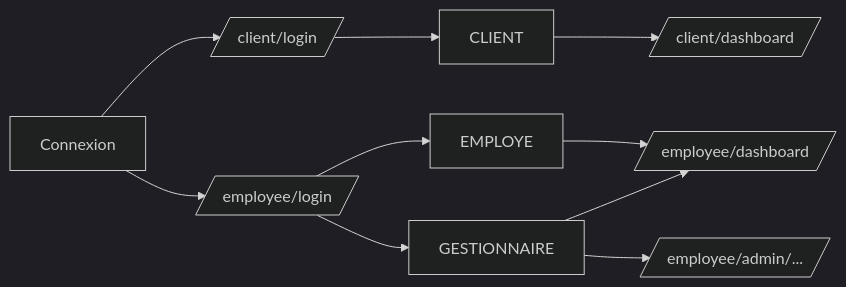
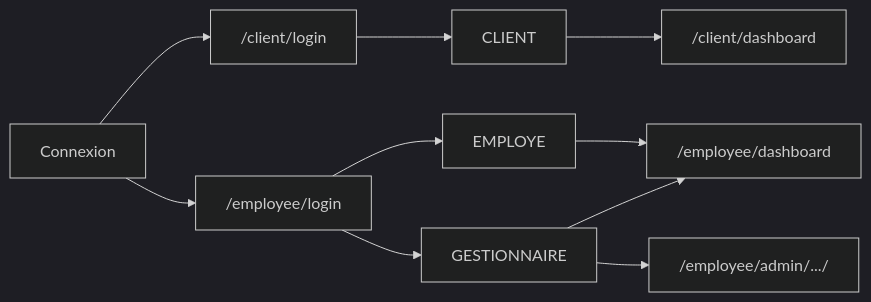
One commit to gtouk/CSI2532-eHotels changed the second of 8 diagrams in meetings/ehotel_spec.md. Above: the diagram before and after it, drawn with Mermaid (dark theme). The commit also changed other lines of this file, not shown here.

Commit message:
Refactor e-Hotel specification document for clarity and consistency in diagrams and sections

````diff
--- a/meetings/ehotel_spec.md
+++ b/meetings/ehotel_spec.md
@@ -46,14 +46,14 @@
 ```mermaid
 flowchart LR
-    A[Connexion] --> B[/client/login/]
-    A --> C[/employee/login/]
+    A["Connexion"] --> B["/client/login"]
+    A --> C["/employee/login"]
 
-    B --> D[CLIENT]
-    C --> E[EMPLOYE]
-    C --> F[GESTIONNAIRE]
+    B --> D["CLIENT"]
+    C --> E["EMPLOYE"]
+    C --> F["GESTIONNAIRE"]
 
-    D --> G[/client/dashboard/]
-    E --> H[/employee/dashboard/]
+    D --> G["/client/dashboard"]
+    E --> H["/employee/dashboard"]
     F --> H
-    F --> I[/employee/admin/.../]
+    F --> I["/employee/admin/.../"]
 ```
````
